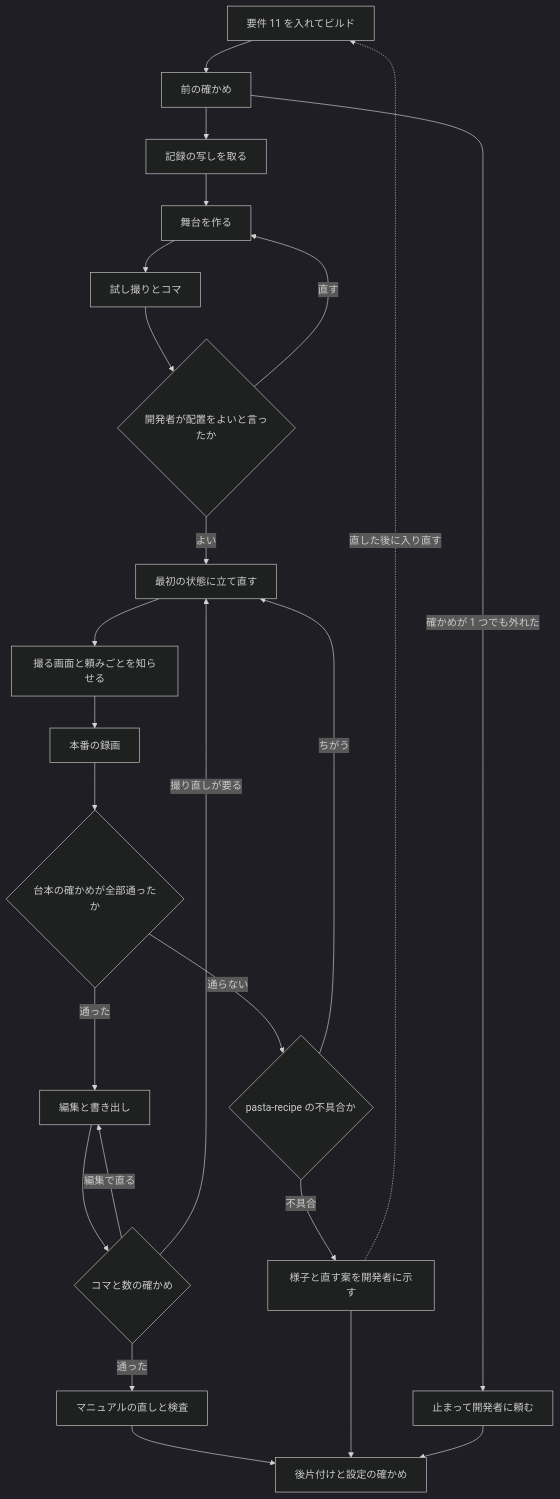
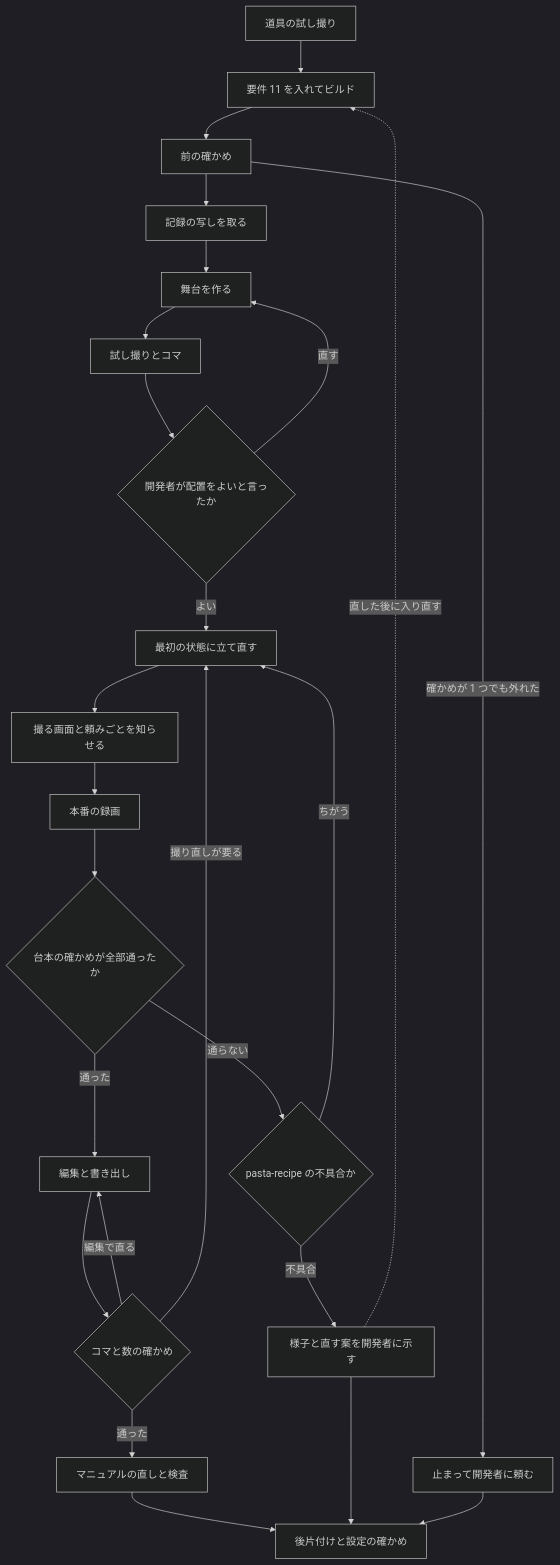
Before and after one commit to ekicyou/pasta: the second of 2 diagrams in .kiro/specs/recipe-demo-video/design.md, drawn with Mermaid (dark theme). The commit also changed other lines of this file and 2 other files, not shown here.

````diff
--- a/.kiro/specs/recipe-demo-video/design.md
+++ b/.kiro/specs/recipe-demo-video/design.md
@@ -214,26 +215,27 @@
 ```mermaid
 flowchart TD
-    Build[要件 11 を入れてビルド] --> Pre[前の確かめ]
+    Smoke[道具の試し撮り] --> Build[要件 11 を入れてビルド]
+    Build --> Pre[前の確かめ]
     Pre -->|確かめが 1 つでも外れた| Stop[止まって開発者に頼む]
     Pre --> Backup[記録の写しを取る]
     Backup --> Stage[舞台を作る]
     Stage --> Trial[試し撮りとコマ]
     Trial --> Ask{開発者が配置をよいと言ったか}
     Ask -->|直す| Stage
     Ask -->|よい| Reset[最初の状態に立て直す]
     Reset --> Notice[撮る画面と頼みごとを知らせる]
     Notice --> Rec[本番の録画]
     Rec --> Ok{台本の確かめが全部通ったか}
     Ok -->|通らない| Why{pasta-recipe の不具合か}
     Why -->|不具合| Defect[様子と直す案を開発者に示す]
     Why -->|ちがう| Reset
     Ok -->|通った| Edit[編集と書き出し]
     Edit --> Frames{コマと数の確かめ}
     Frames -->|編集で直る| Edit
     Frames -->|撮り直しが要る| Reset
     Frames -->|通った| Docs[マニュアルの直しと検査]
     Docs --> Clean[後片付けと設定の確かめ]
     Defect --> Clean
     Defect -.->|直した後に入り直す| Build
     Stop --> Clean
 ```
````
